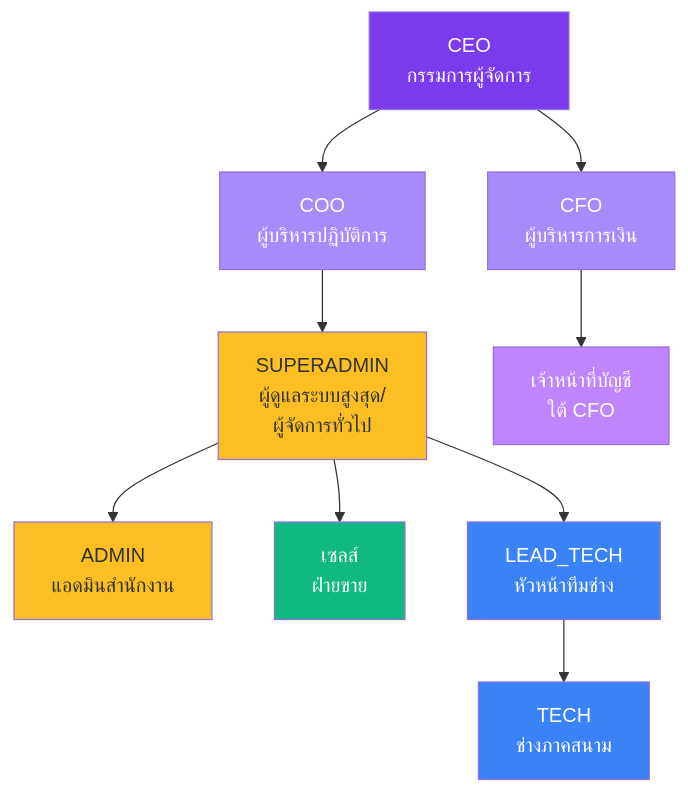
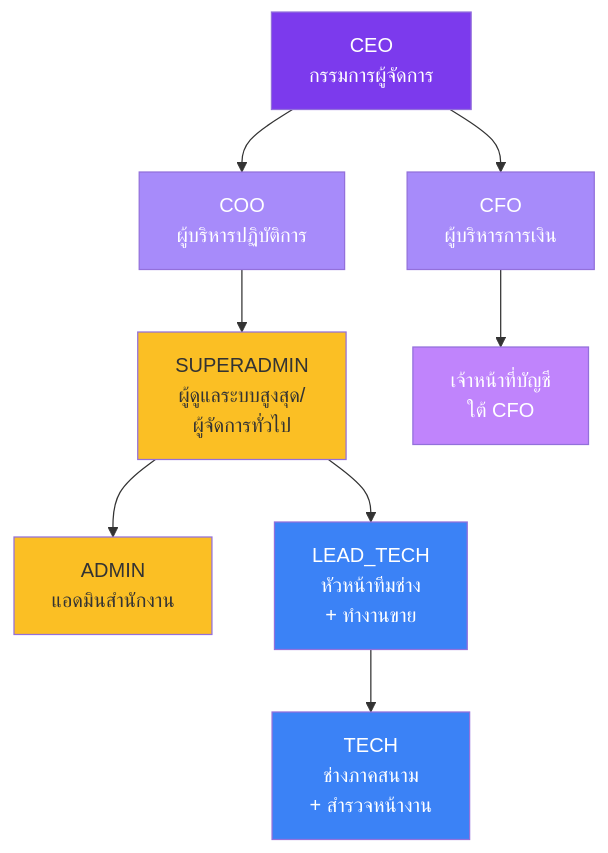
The third of 46 diagrams in public/docs/FLOW.md (Rachaiyut/mrgreenpest-admin), drawn with Mermaid before and after one commit. The commit also changed other lines of this file, not shown here.

First line of the commit message:
docs(flow): remove standalone Sales role — handled by LEAD_TECH/TECH

````diff
--- a/public/docs/FLOW.md
+++ b/public/docs/FLOW.md
@@ -144,21 +144,19 @@
 ```mermaid
 flowchart TD
     CEO[CEO<br/>กรรมการผู้จัดการ] --> COO[COO<br/>ผู้บริหารปฏิบัติการ]
     CEO --> CFO[CFO<br/>ผู้บริหารการเงิน]
     COO --> Sup[SUPERADMIN<br/>ผู้ดูแลระบบสูงสุด/<br/>ผู้จัดการทั่วไป]
     Sup --> Adm[ADMIN<br/>แอดมินสำนักงาน]
-    Sup --> Sales[เซลส์<br/>ฝ่ายขาย]
-    Sup --> Lead[LEAD_TECH<br/>หัวหน้าทีมช่าง]
-    Lead --> Tech[TECH<br/>ช่างภาคสนาม]
+    Sup --> Lead[LEAD_TECH<br/>หัวหน้าทีมช่าง<br/>+ ทำงานขาย]
+    Lead --> Tech[TECH<br/>ช่างภาคสนาม<br/>+ สำรวจหน้างาน]
     CFO --> AccStaff[เจ้าหน้าที่บัญชี<br/>ใต้ CFO]
 
     style CEO fill:#7c3aed,color:#fff
     style COO fill:#a78bfa,color:#fff
     style CFO fill:#a78bfa,color:#fff
     style Sup fill:#fbbf24
     style Adm fill:#fbbf24
-    style Sales fill:#10b981,color:#fff
     style Lead fill:#3b82f6,color:#fff
     style Tech fill:#3b82f6,color:#fff
     style AccStaff fill:#c084fc,color:#fff
 ```
````
